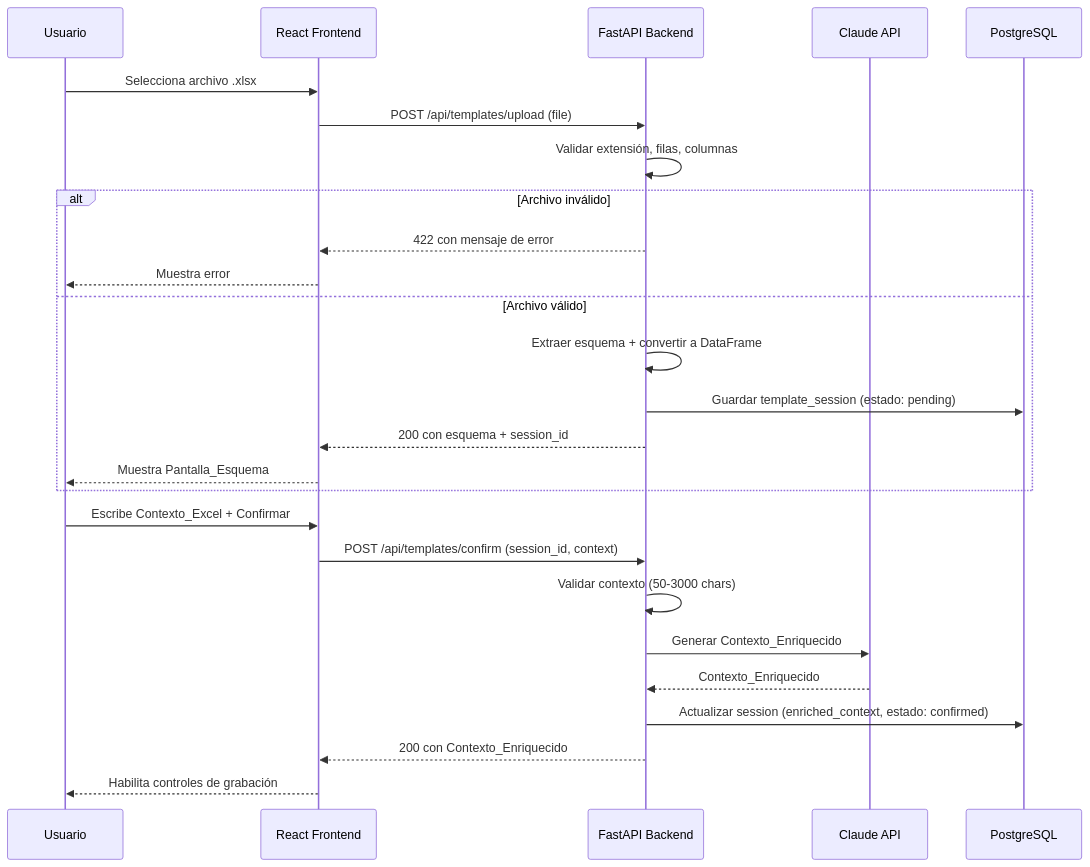
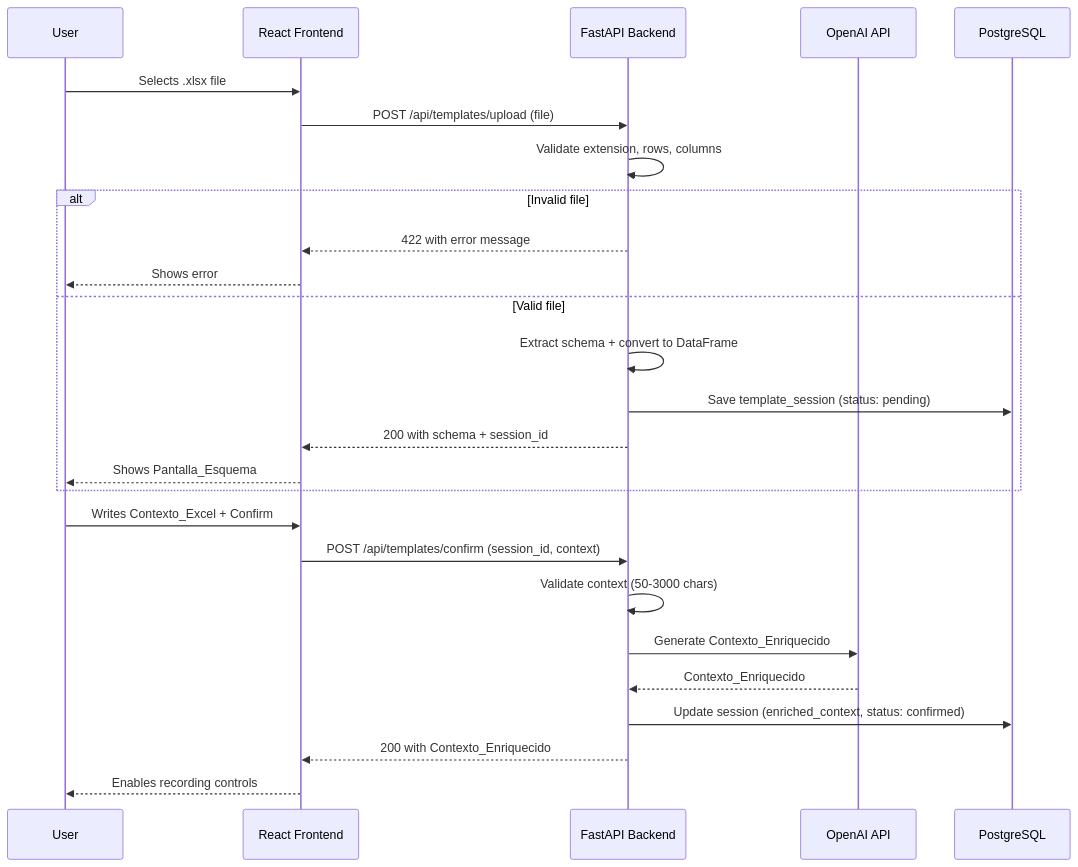
The second of 2 diagrams in .kiro/specs/excel-template-loader/design.md (cvegaz/voxa), drawn with Mermaid before and after one commit. The commit also changed other lines of this file and 50 other files, not shown here.

````diff
--- a/.kiro/specs/excel-template-loader/design.md
+++ b/.kiro/specs/excel-template-loader/design.md
@@ -56,30 +56,30 @@
 ```mermaid
 sequenceDiagram
-    participant U as Usuario
+    participant U as User
     participant FE as React Frontend
     participant BE as FastAPI Backend
-    participant Claude as Claude API
+    participant LLM as OpenAI API
     participant DB as PostgreSQL
 
-    U->>FE: Selecciona archivo .xlsx
+    U->>FE: Selects .xlsx file
     FE->>BE: POST /api/templates/upload (file)
-    BE->>BE: Validar extensión, filas, columnas
-    alt Archivo inválido
-        BE-->>FE: 422 con mensaje de error
-        FE-->>U: Muestra error
-    else Archivo válido
-        BE->>BE: Extraer esquema + convertir a DataFrame
-        BE->>DB: Guardar template_session (estado: pending)
-        BE-->>FE: 200 con esquema + session_id
-        FE-->>U: Muestra Pantalla_Esquema
+    BE->>BE: Validate extension, rows, columns
+    alt Invalid file
+        BE-->>FE: 422 with error message
+        FE-->>U: Shows error
+    else Valid file
+        BE->>BE: Extract schema + convert to DataFrame
+        BE->>DB: Save template_session (status: pending)
+        BE-->>FE: 200 with schema + session_id
+        FE-->>U: Shows Pantalla_Esquema
     end
 
-    U->>FE: Escribe Contexto_Excel + Confirmar
+    U->>FE: Writes Contexto_Excel + Confirm
     FE->>BE: POST /api/templates/confirm (session_id, context)
-    BE->>BE: Validar contexto (50-3000 chars)
-    BE->>Claude: Generar Contexto_Enriquecido
-    Claude-->>BE: Contexto_Enriquecido
-    BE->>DB: Actualizar session (enriched_context, estado: confirmed)
-    BE-->>FE: 200 con Contexto_Enriquecido
-    FE-->>U: Habilita controles de grabación
+    BE->>BE: Validate context (50-3000 chars)
+    BE->>LLM: Generate Contexto_Enriquecido
+    LLM-->>BE: Contexto_Enriquecido
+    BE->>DB: Update session (enriched_context, status: confirmed)
+    BE-->>FE: 200 with Contexto_Enriquecido
+    FE-->>U: Enables recording controls
 ```
````
